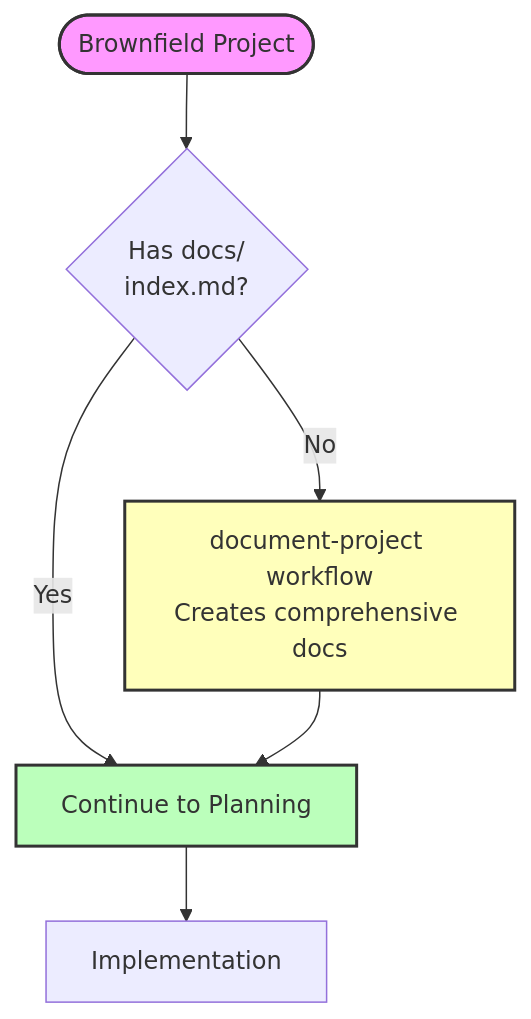
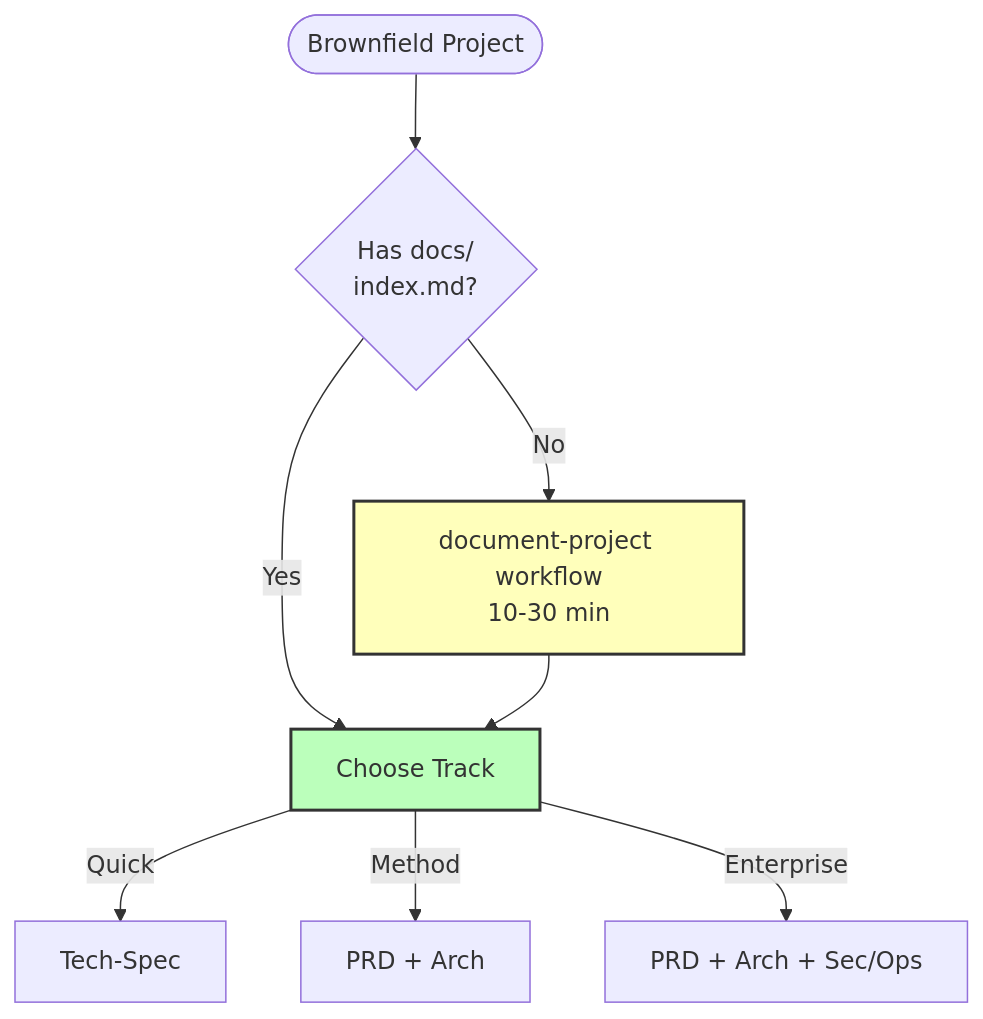
The second of 2 diagrams in bmad/bmm/docs/scale-adaptive-system.md (acita-gmbh/eaf), drawn with Mermaid before and after one commit. The commit also changed other lines of this file and 145 other files, not shown here.

````diff
--- a/bmad/bmm/docs/scale-adaptive-system.md
+++ b/bmad/bmm/docs/scale-adaptive-system.md
@@ -501,16 +378,17 @@
 ```mermaid
 flowchart TD
     START([Brownfield Project])
     CHECK{Has docs/<br/>index.md?}
 
     START --> CHECK
-    CHECK -->|No| DOC[document-project workflow<br/>Creates comprehensive docs]
-    CHECK -->|Yes| PLAN[Continue to Planning]
+    CHECK -->|No| DOC[document-project workflow<br/>10-30 min]
+    CHECK -->|Yes| TRACK[Choose Track]
 
-    DOC --> PLAN
-    PLAN --> IMPL[Implementation]
+    DOC --> TRACK
+    TRACK -->|Quick| QF[Tech-Spec]
+    TRACK -->|Method| M[PRD + Arch]
+    TRACK -->|Enterprise| E[PRD + Arch + Sec/Ops]
 
-    style START fill:#f9f,stroke:#333,stroke-width:2px
     style DOC fill:#ffb,stroke:#333,stroke-width:2px
-    style PLAN fill:#bfb,stroke:#333,stroke-width:2px
+    style TRACK fill:#bfb,stroke:#333,stroke-width:2px
 ```
````
